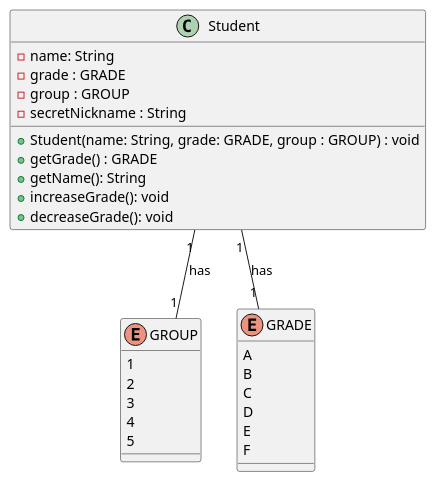
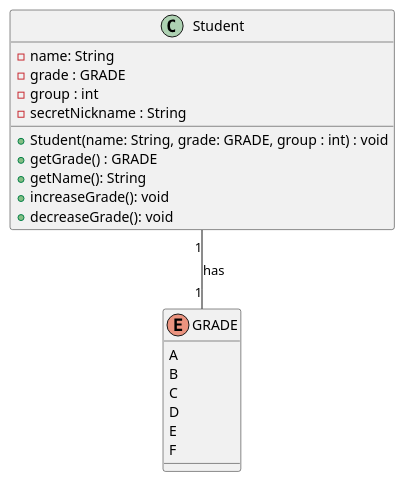
Before and after one commit to abinormal/oop-uml-student-class: the diagram in Student.puml, drawn with PlantUML.

Commit message:
Altered the UML diagram to reflect the use of an int as the group.

```diff
--- a/Student.puml
+++ b/Student.puml
@@ -1,35 +1,27 @@
 @startuml
 'https://plantuml.com/class-diagram
 
 class Student {
     - name: String
     - grade : GRADE
-    - group : GROUP
+    - group : int
     - secretNickname : String
-    + Student(name: String, grade: GRADE, group : GROUP) : void
+    + Student(name: String, grade: GRADE, group : int) : void
     + getGrade() : GRADE
     + getName(): String
     + increaseGrade(): void
     + decreaseGrade(): void
 }
-Student "1" -- "1" GROUP : has
+
 Student "1" -- "1" GRADE : has
-
-enum GROUP {
-1
-2
-3
-4
-5
-}
 
 enum GRADE {
 A
 B
 C
 D
 E
 F
 }
 
 @enduml
```
